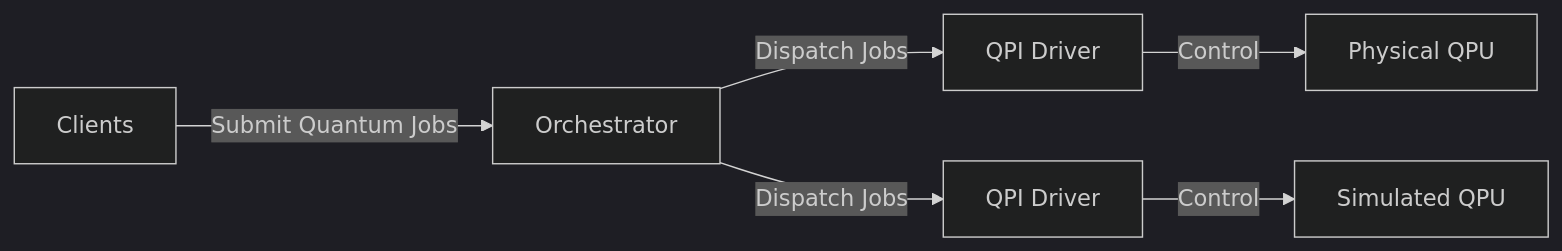
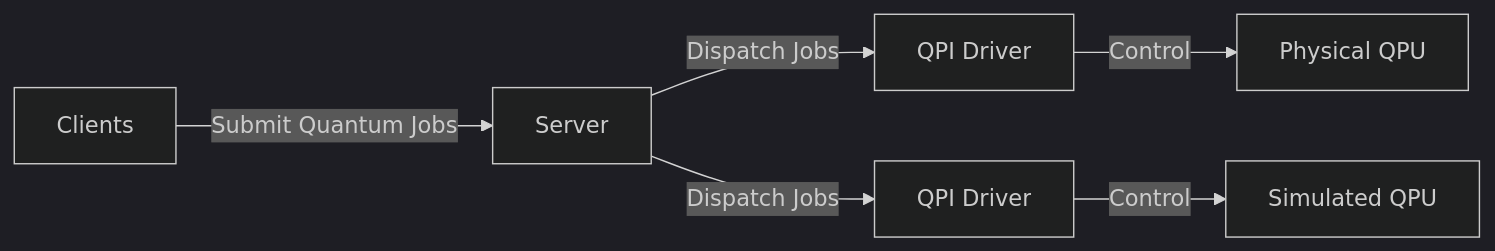
The first of 2 diagrams in README.md (sopherapps/qpi), drawn with Mermaid (dark theme) before and after one commit. The commit also changed other lines of this file and 21 other files, not shown here.

Commit message:
refactor: rename Orchestrator to Server across the codebase

````diff
--- a/README.md
+++ b/README.md
@@ -32,8 +32,8 @@
 ```mermaid
 flowchart LR
-    User[Clients] -->|Submit Quantum Jobs| Orchestrator
-    Orchestrator -->|Dispatch Jobs| Driver1[QPI Driver]
-    Orchestrator -->|Dispatch Jobs| Driver2[QPI Driver]
+    User[Clients] -->|Submit Quantum Jobs| Server
+    Server -->|Dispatch Jobs| Driver1[QPI Driver]
+    Server -->|Dispatch Jobs| Driver2[QPI Driver]
     Driver1 -->|Control| Hardware1[Physical QPU]
     Driver2 -->|Control| Hardware2[Simulated QPU]
 ```
````
